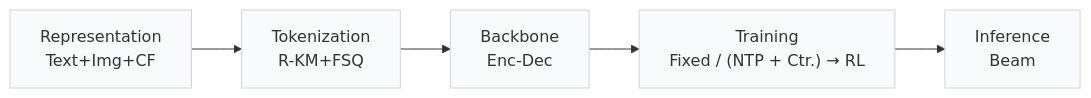
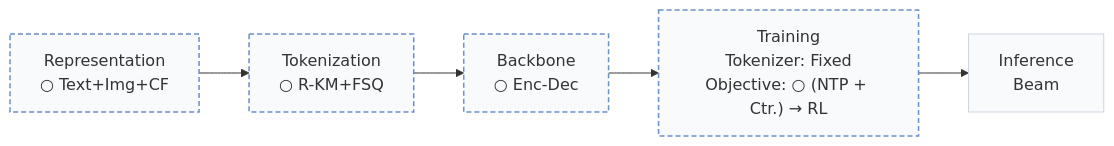
One commit to Galaxy-ghost/Awesome-SID-Generative-Rec changed the first of 2 diagrams in pages/papers/onemall.md. Above: the diagram before and after it, drawn with Mermaid. The commit also changed other lines of this file and 558 other files, not shown here.

````diff
--- a/pages/papers/onemall.md
+++ b/pages/papers/onemall.md
@@ -15,6 +18,8 @@
 ```mermaid
 flowchart LR
-    R["Representation<br/>Text+Img+CF"] --> T["Tokenization<br/>R-KM+FSQ"] --> B["Backbone<br/>Enc-Dec"] --> TR["Training<br/>Fixed / (NTP + Ctr.) → RL"] --> I["Inference<br/>Beam"]
+    R["Representation<br/>○ Text+Img+CF"] --> T["Tokenization<br/>○ R-KM+FSQ"] --> B["Backbone<br/>○ Enc-Dec"] --> TR["Training<br/>Tokenizer: Fixed<br/>Objective: ○ (NTP + Ctr.) → RL"] --> I["Inference<br/>Beam"]
     classDef base fill:#f8fafc,stroke:#cbd5e1
     class R,T,B,TR,I base
+    classDef other fill:#f8fafc,stroke:#6b8fc7,stroke-width:1.5px,stroke-dasharray:5 3
+    class R,T,B,TR other
 ```
````
